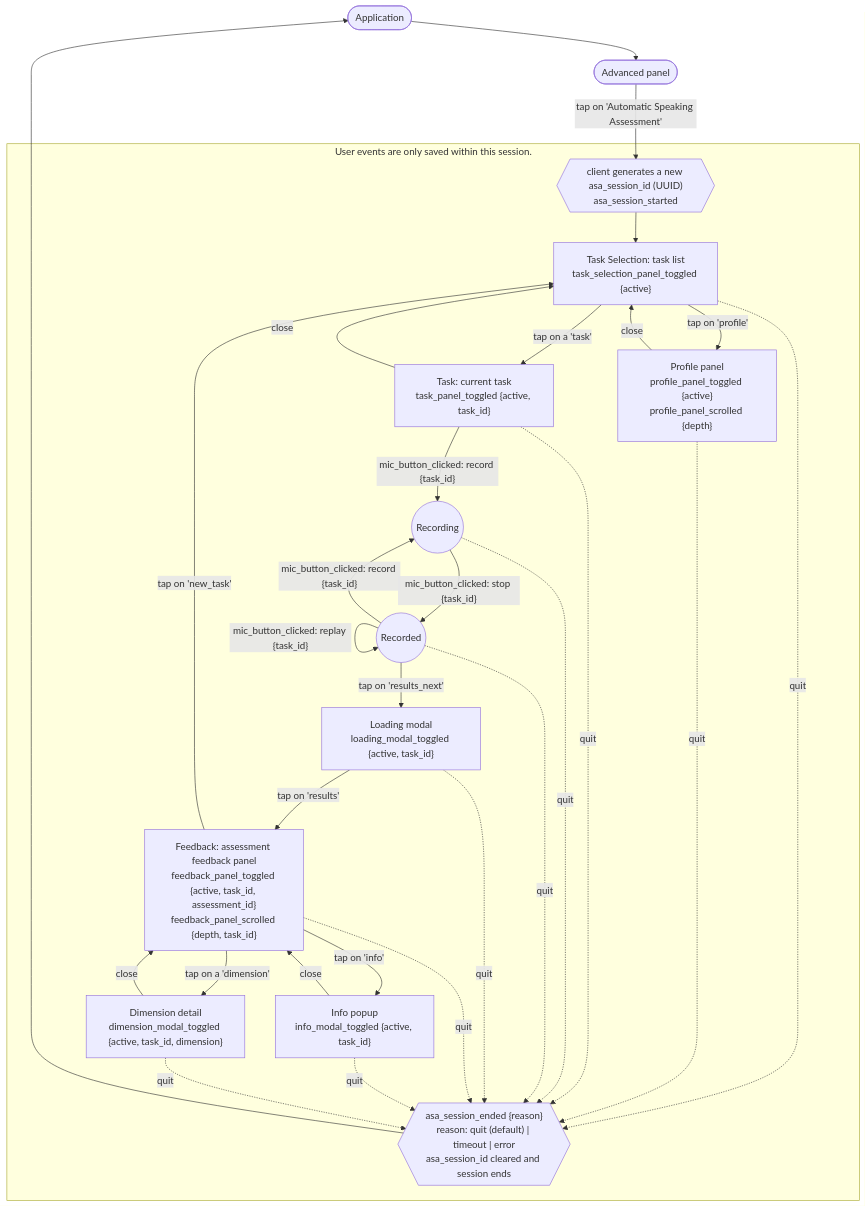
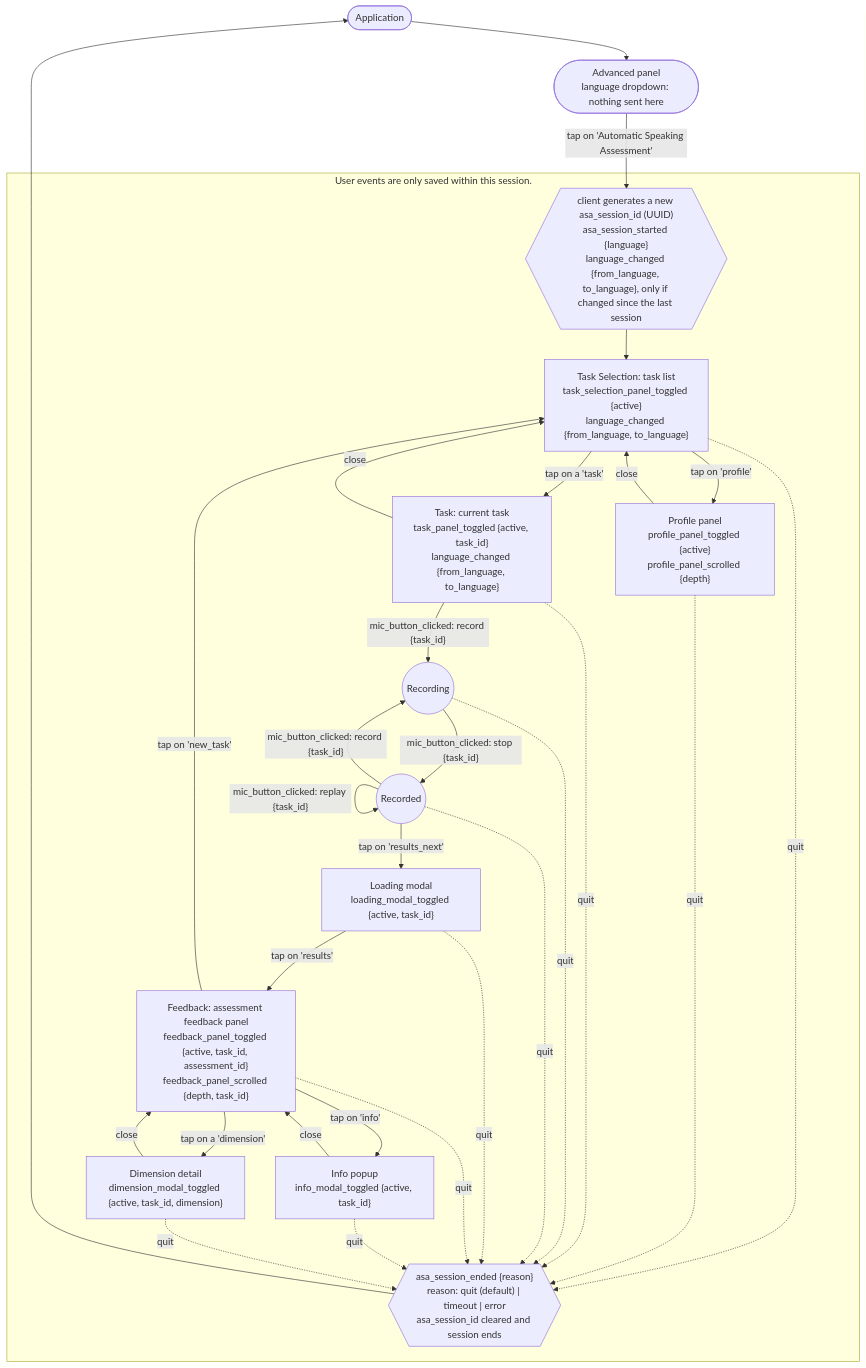
One commit to aalto-speech/dta-server changed the diagram in docs/USER_EVENTS.md. Above: the diagram before and after it, drawn with Mermaid. The commit also changed other lines of this file and 3 other files, not shown here.

First line of the commit message:
Accept language_changed and the session's starting language

````diff
--- a/docs/USER_EVENTS.md
+++ b/docs/USER_EVENTS.md
@@ -47,42 +48,42 @@
 ```mermaid
 flowchart TD
     App([Application]) --> Advanced
-    Advanced([Advanced panel]) --> |"tap on 'Automatic Speaking Assessment'"| Open
+    Advanced(["Advanced panel<br/>language dropdown: nothing sent here"]) --> |"tap on 'Automatic Speaking Assessment'"| Open
 
     subgraph Session["User events are only saved within this session."]
-        Open{{"client generates a new asa_session_id (UUID)<br/>asa_session_started "}}
+        Open{{"client generates a new asa_session_id (UUID)<br/>asa_session_started {language}<br/>language_changed {from_language, to_language}, only if changed since the last session"}}
         Open --> TaskSelection
-        TaskSelection["Task Selection: task list<br/>task_selection_panel_toggled {active}"]
+        TaskSelection["Task Selection: task list<br/>task_selection_panel_toggled {active}<br/>language_changed {from_language, to_language}"]
 
         TaskSelection -->|"tap on 'profile'"| Profile
         Profile["Profile panel<br/>profile_panel_toggled {active}<br/>profile_panel_scrolled {depth}"]
         Profile -->|close| TaskSelection
 
         TaskSelection -->|"tap on a 'task'"| CurrentTask
-        CurrentTask["Task: current task<br/>task_panel_toggled {active, task_id}"]
+        CurrentTask["Task: current task<br/>task_panel_toggled {active, task_id}<br/>language_changed {from_language, to_language}"]
         CurrentTask -->|close| TaskSelection
 
         CurrentTask -->|"mic_button_clicked: record {task_id}"| Recording(("Recording"))
         Recording -->|"mic_button_clicked: stop {task_id}"| Recorded(("Recorded"))
         Recorded -->|"mic_button_clicked: replay {task_id}"| Recorded
         Recorded -->|"mic_button_clicked: record {task_id}"| Recording
         Recorded -->|"tap on 'results_next'"| Loading
 
         Loading["Loading modal<br/>loading_modal_toggled {active, task_id}"]
         Loading -->|"tap on 'results'"| Feedback
 
         Feedback["Feedback: assessment feedback panel<br/>feedback_panel_toggled {active, task_id, assessment_id}<br/>feedback_panel_scrolled {depth, task_id}"]
         Feedback -->|"tap on 'info'"| Info
         Info["Info popup<br/>info_modal_toggled {active, task_id}"]
         Info -->|close| Feedback
 
         Feedback -->|"tap on a 'dimension'"| Dim["Dimension detail<br/>dimension_modal_toggled {active, task_id, dimension}"]
         Dim -->|close| Feedback
         Feedback -->|"tap on 'new_task'"| TaskSelection
 
         TaskSelection & Profile & CurrentTask & Recording & Recorded & Loading & Feedback & Info & Dim -.->|quit| Close
         Close{{"asa_session_ended {reason}<br/>reason: quit (default) | timeout | error<br/>asa_session_id cleared and session ends"}}
     end
 
     Close --> App
 ```
````
